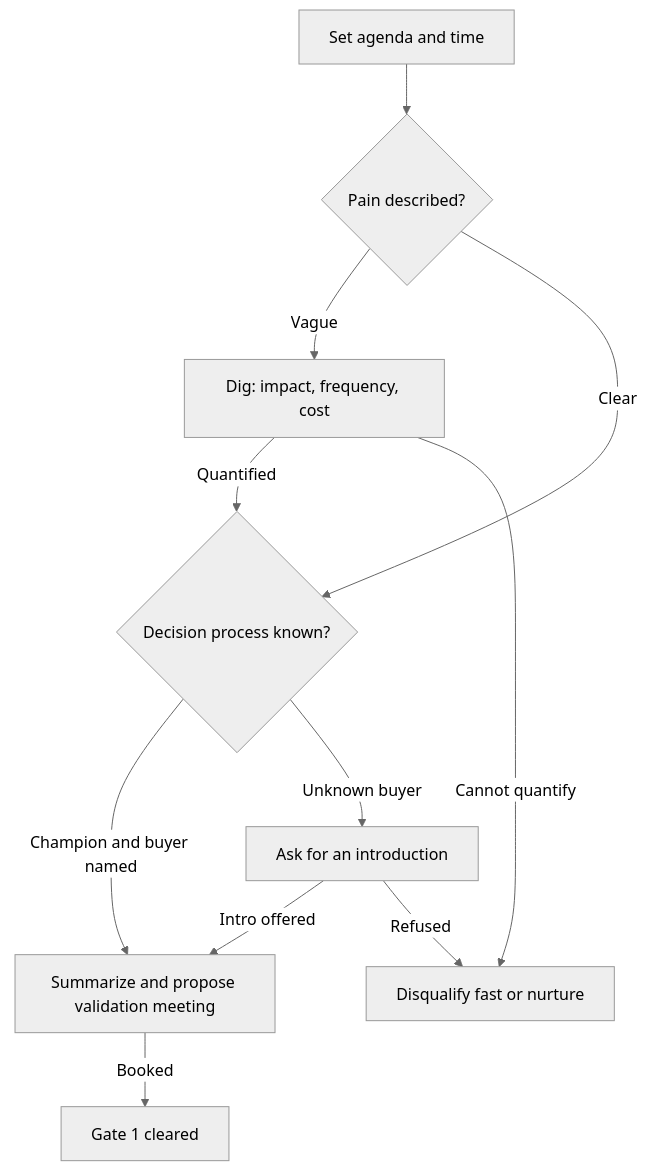
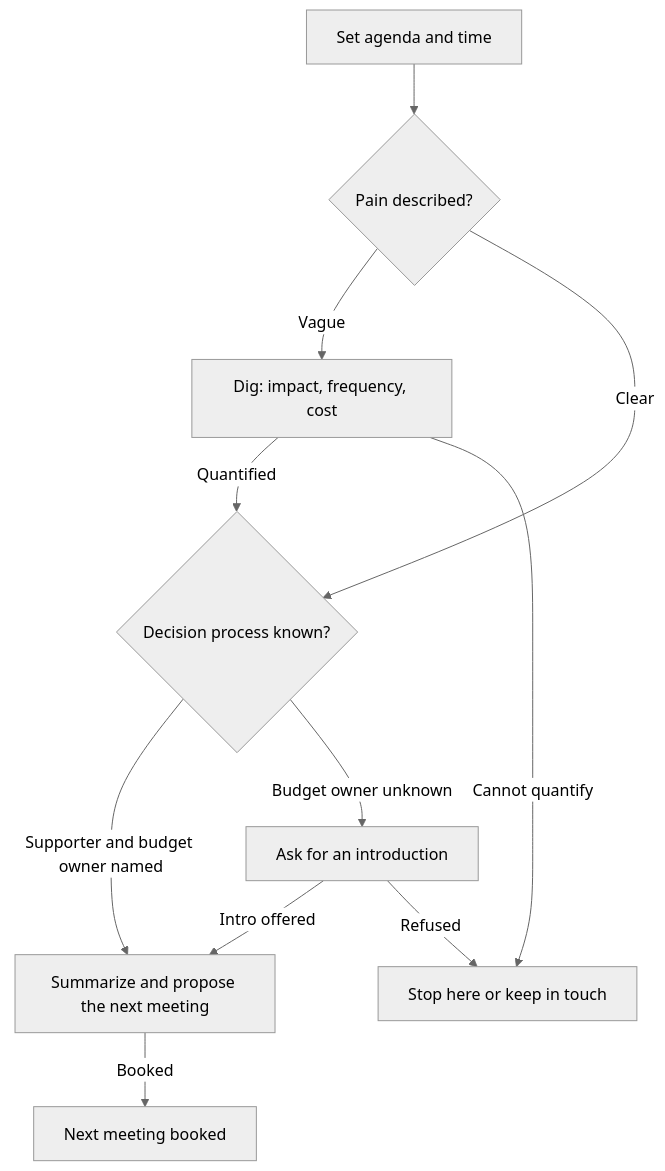
The diagram in templates/areas/sales/plays/discovery-call.md (CarlosLeonCode/clc-copilot-brain), drawn with Mermaid (neutral theme) before and after one commit. The commit also changed other lines of this file and 4 other files, not shown here.

````diff
--- a/templates/areas/sales/plays/discovery-call.md
+++ b/templates/areas/sales/plays/discovery-call.md
@@ -16,13 +16,13 @@
 ```mermaid
 flowchart TD
     B1["Set agenda and time"] --> B2{"Pain described?"}
     B2 -->|"Vague"| B3["Dig: impact, frequency, cost"]
     B2 -->|"Clear"| B4{"Decision process known?"}
     B3 -->|"Quantified"| B4
-    B3 -->|"Cannot quantify"| B7["Disqualify fast or nurture"]
-    B4 -->|"Champion and buyer named"| B5["Summarize and propose validation meeting"]
-    B4 -->|"Unknown buyer"| B6["Ask for an introduction"]
+    B3 -->|"Cannot quantify"| B7["Stop here or keep in touch"]
+    B4 -->|"Supporter and budget owner named"| B5["Summarize and propose the next meeting"]
+    B4 -->|"Budget owner unknown"| B6["Ask for an introduction"]
     B6 -->|"Intro offered"| B5
     B6 -->|"Refused"| B7
-    B5 -->|"Booked"| B8["Gate 1 cleared"]
+    B5 -->|"Booked"| B8["Next meeting booked"]
 ```
````
